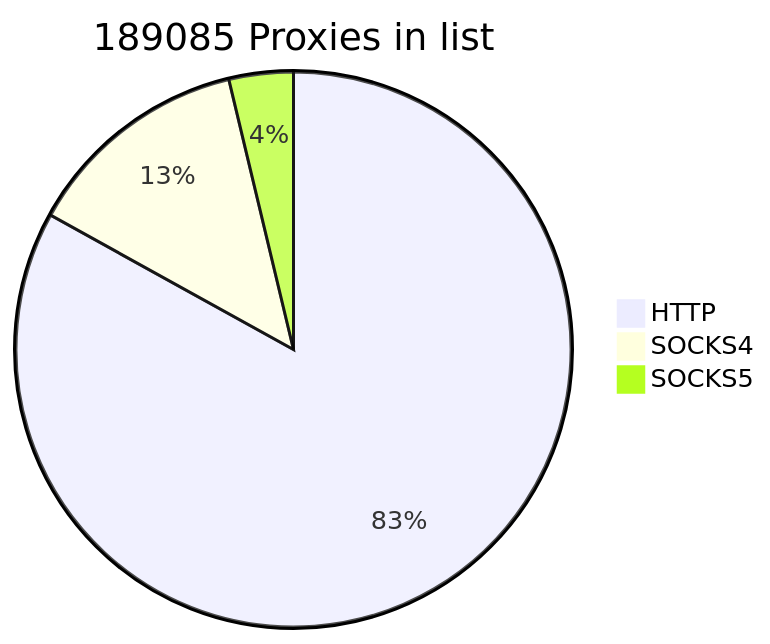
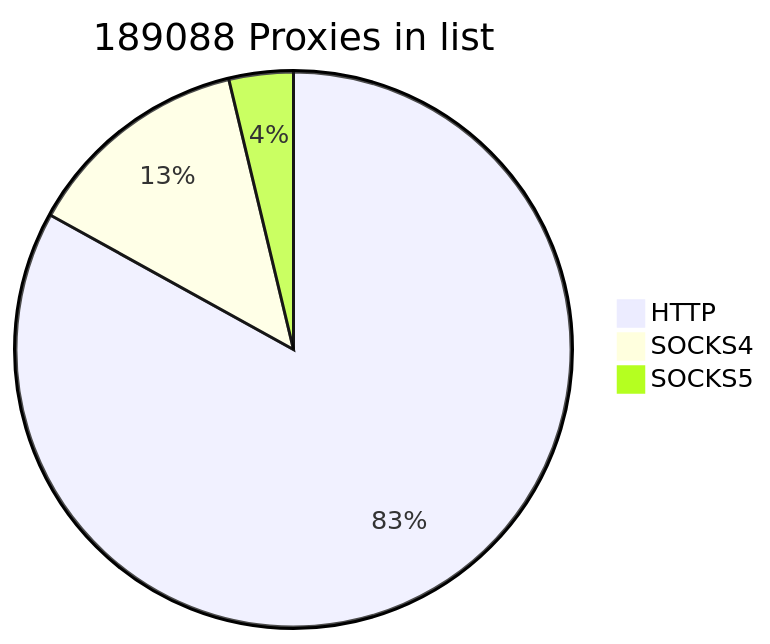
Before and after one commit to cutipu/proxylist: the first of 2 diagrams in README.md, drawn with Mermaid. The commit also changed other lines of this file, not shown here.

````diff
--- a/README.md
+++ b/README.md
@@ -2,7 +2,7 @@
 ```mermaid
-pie title 189085 Proxies in list
-    "HTTP" : 157019
-    "SOCKS4" : 24992
+pie title 189088 Proxies in list
+    "HTTP" : 157020
+    "SOCKS4" : 24994
     "SOCKS5" : 7074
             
 ```
````
